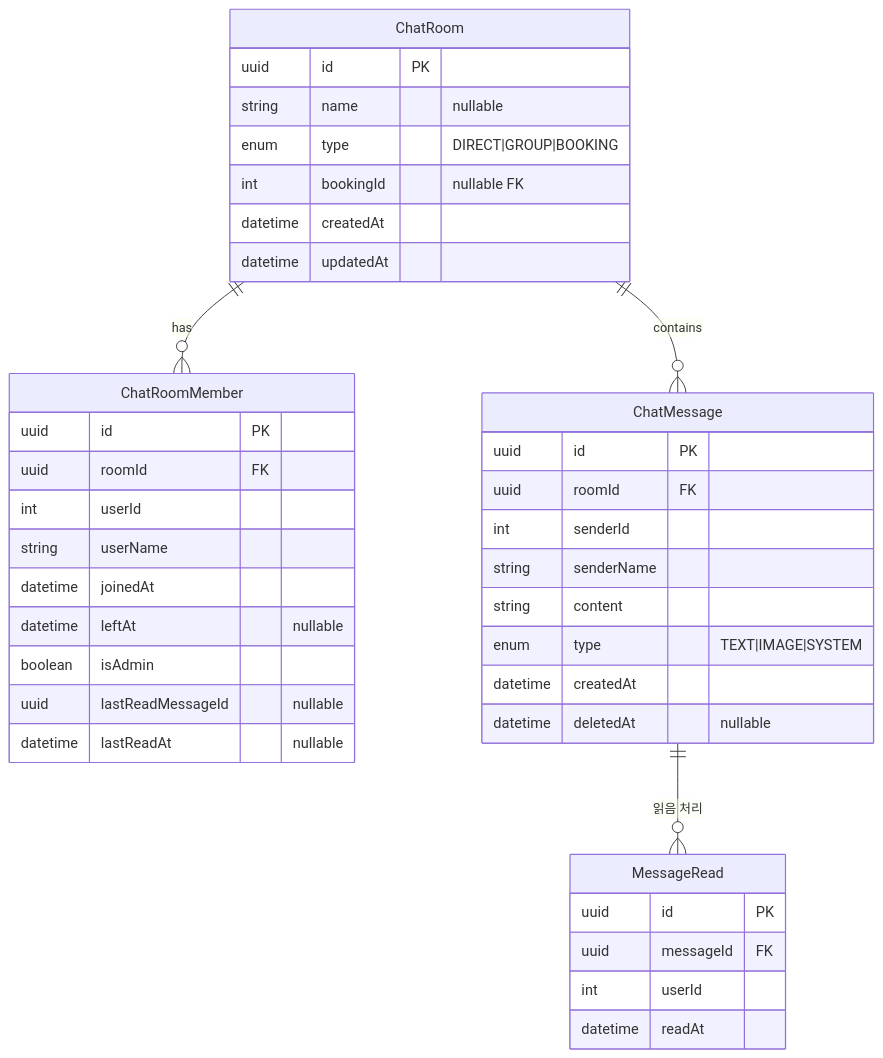
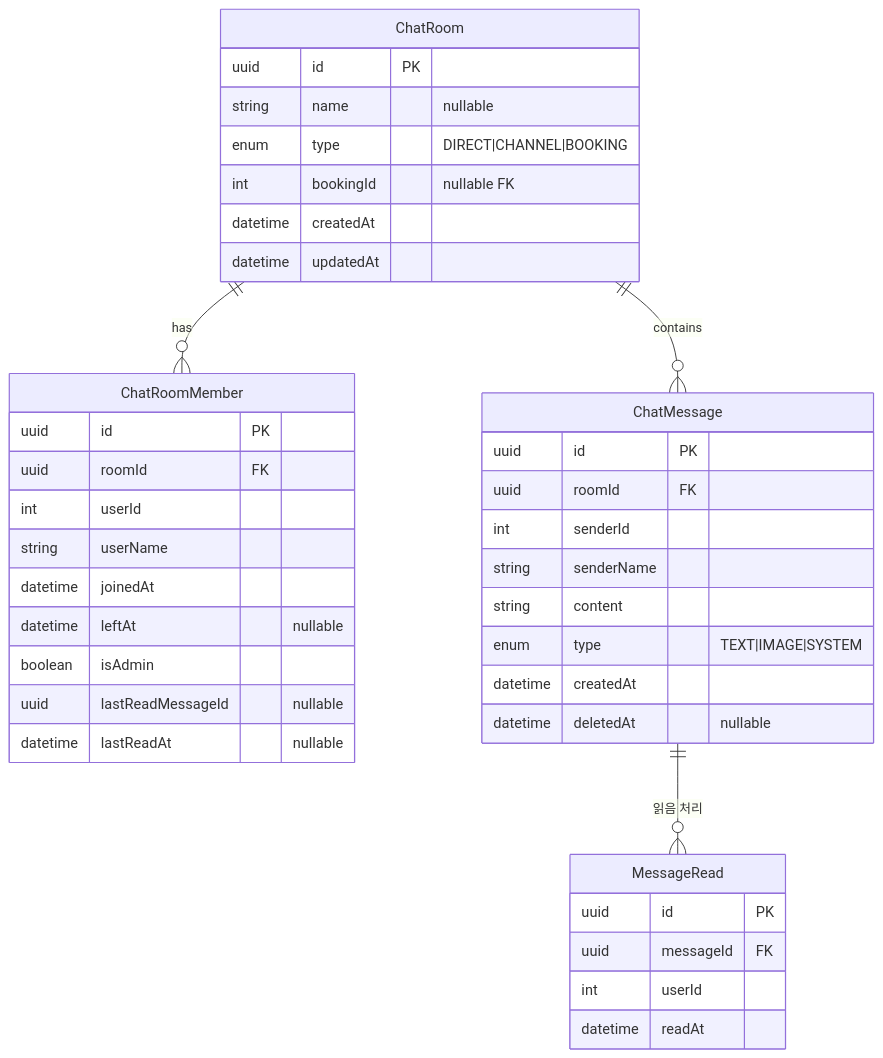
Before and after one commit to uniyous/parkgolf-platform: diagram 20 of 28 in docs/workflow/CHAT.md, drawn with Mermaid. The commit also changed other lines of this file and 3 other files, not shown here.

````diff
--- a/docs/workflow/CHAT.md
+++ b/docs/workflow/CHAT.md
@@ -659,45 +659,45 @@
 ```mermaid
 erDiagram
     ChatRoom ||--o{ ChatRoomMember : has
     ChatRoom ||--o{ ChatMessage : contains
     ChatMessage ||--o{ MessageRead : "읽음 처리"
 
     ChatRoom {
         uuid id PK
         string name "nullable"
-        enum type "DIRECT|GROUP|BOOKING"
+        enum type "DIRECT|CHANNEL|BOOKING"
         int bookingId "nullable FK"
         datetime createdAt
         datetime updatedAt
     }
 
     ChatRoomMember {
         uuid id PK
         uuid roomId FK
         int userId
         string userName
         datetime joinedAt
         datetime leftAt "nullable"
         boolean isAdmin
         uuid lastReadMessageId "nullable"
         datetime lastReadAt "nullable"
     }
 
     ChatMessage {
         uuid id PK
         uuid roomId FK
         int senderId
         string senderName
         string content
         enum type "TEXT|IMAGE|SYSTEM"
         datetime createdAt
         datetime deletedAt "nullable"
     }
 
     MessageRead {
         uuid id PK
         uuid messageId FK
         int userId
         datetime readAt
     }
 ```
````
